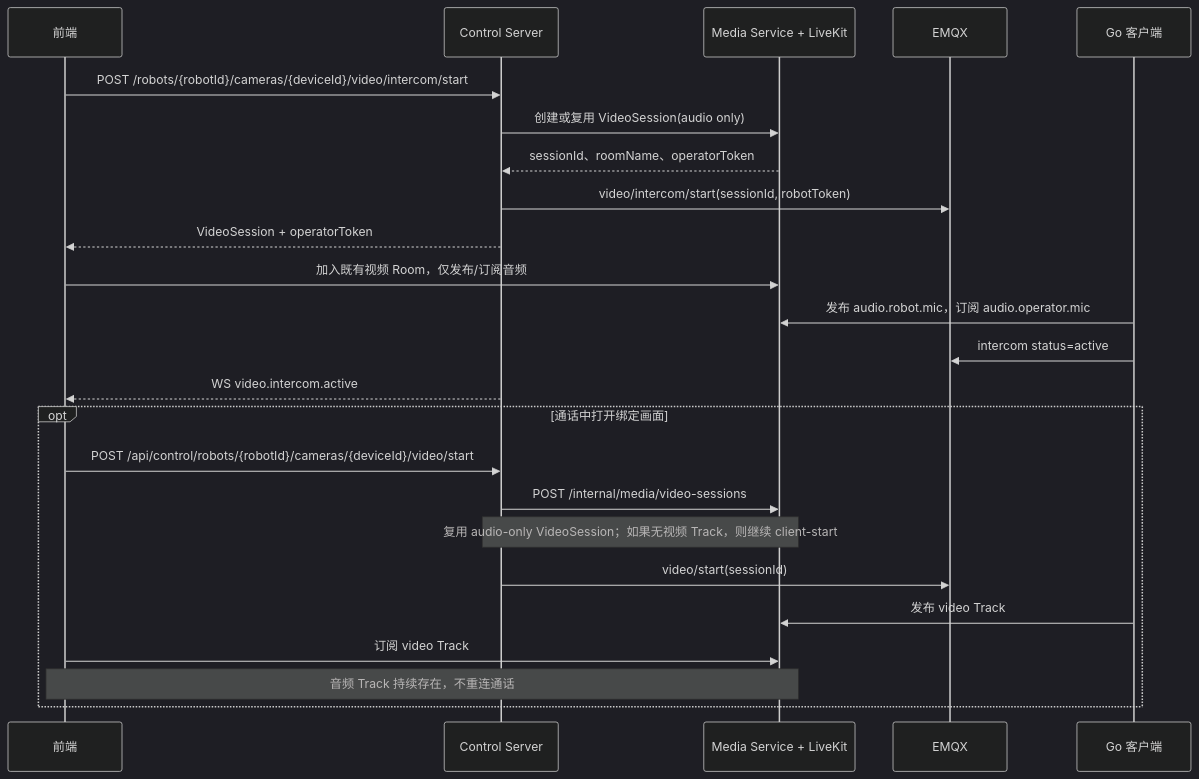
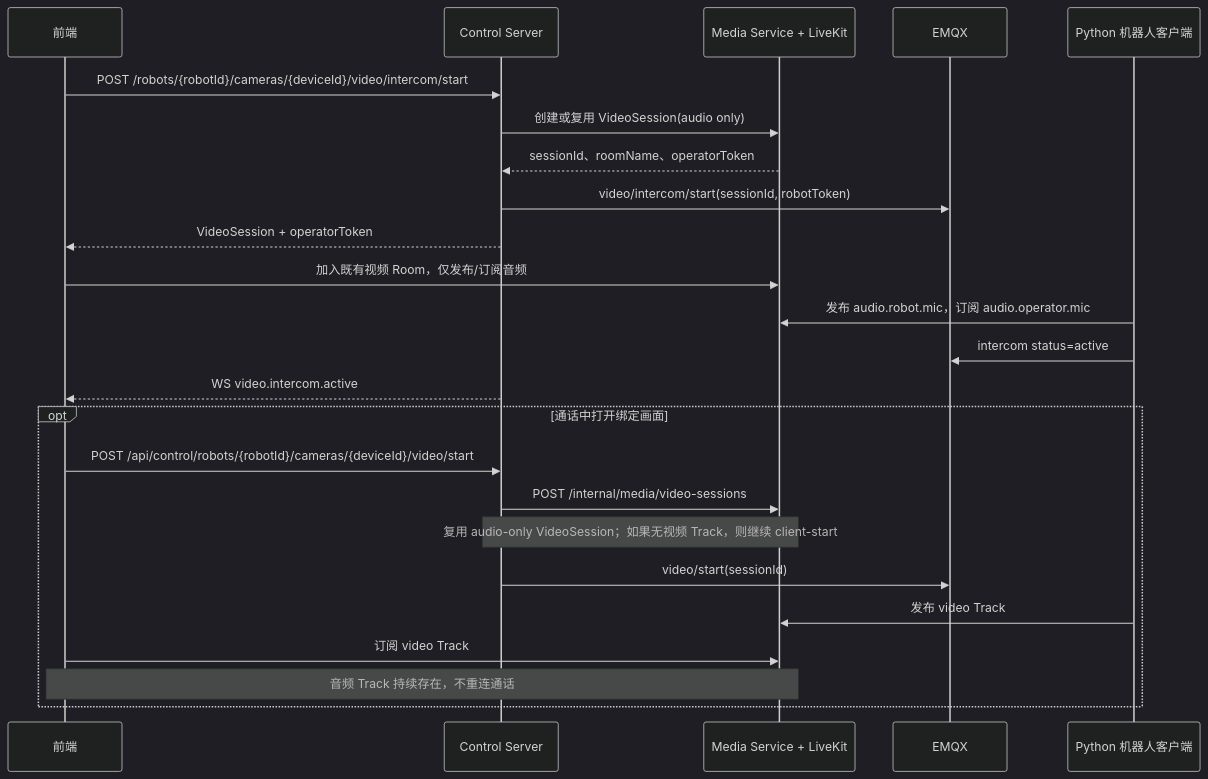
One commit to waleelay/robot changed the second of 2 diagrams in docs/02-设计/语音对讲/实时视频语音对讲设计说明书.md. Above: the diagram before and after it, drawn with Mermaid (dark theme). The commit also changed other lines of this file and 85 other files, not shown here.

````diff
--- a/docs/02-设计/语音对讲/实时视频语音对讲设计说明书.md
+++ b/docs/02-设计/语音对讲/实时视频语音对讲设计说明书.md
@@ -140,28 +140,28 @@
 ```mermaid
 sequenceDiagram
     participant FE as 前端
     participant CS as Control Server
     participant ML as Media Service + LiveKit
     participant MQ as EMQX
-    participant GO as Go 客户端
+    participant GO as Python 机器人客户端
 
     FE->>CS: POST /robots/{robotId}/cameras/{deviceId}/video/intercom/start
     CS->>ML: 创建或复用 VideoSession(audio only)
     ML-->>CS: sessionId、roomName、operatorToken
     CS->>MQ: video/intercom/start(sessionId, robotToken)
     CS-->>FE: VideoSession + operatorToken
     FE->>ML: 加入既有视频 Room，仅发布/订阅音频
     GO->>ML: 发布 audio.robot.mic，订阅 audio.operator.mic
     GO->>MQ: intercom status=active
     CS-->>FE: WS video.intercom.active
 
     opt 通话中打开绑定画面
         FE->>CS: POST /api/control/robots/{robotId}/cameras/{deviceId}/video/start
         CS->>ML: POST /internal/media/video-sessions
         Note over CS,ML: 复用 audio-only VideoSession；如果无视频 Track，则继续 client-start
         CS->>MQ: video/start(sessionId)
         GO->>ML: 发布 video Track
         FE->>ML: 订阅 video Track
         Note over FE,ML: 音频 Track 持续存在，不重连通话
     end
 ```
````
